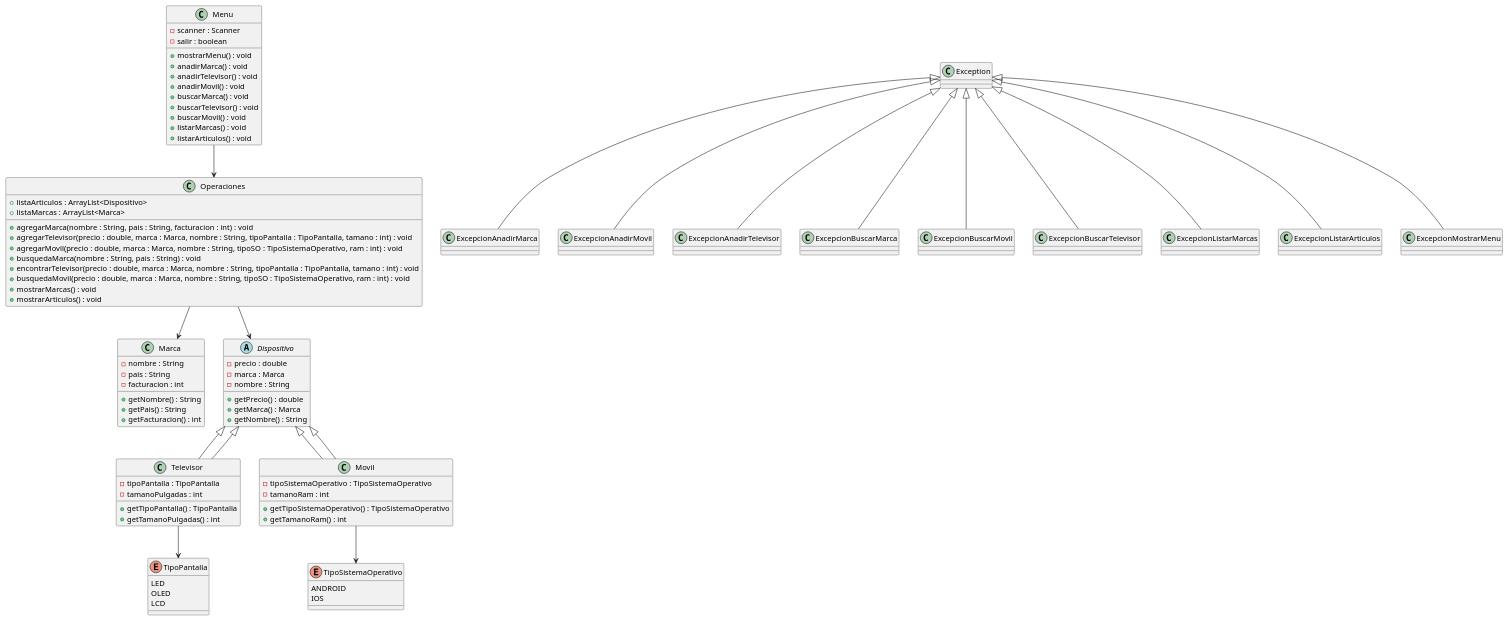
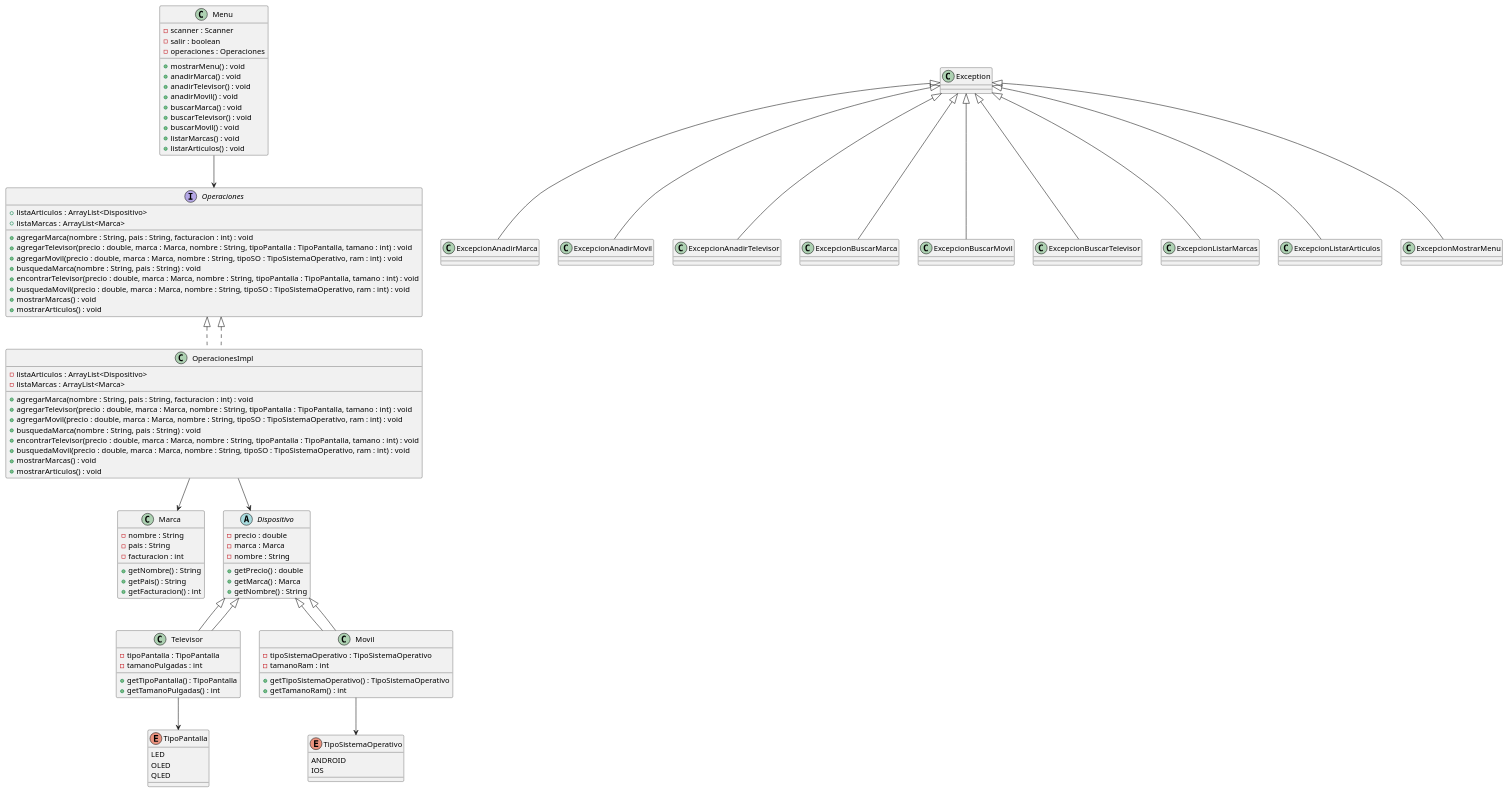
One commit to Gabriel28112005/GabrielPenaPractica2DOO changed the diagram in src/umlDiagram/DiagramaClases.puml. Above: the diagram before and after it, drawn with PlantUML. The commit also changed 2 other files, not shown here.

```diff
--- a/src/umlDiagram/DiagramaClases.puml
+++ b/src/umlDiagram/DiagramaClases.puml
@@ -1,97 +1,112 @@
 @startuml
-' Diagrama de clases del proyecto
+' Diagrama de clases del proyecto actualizado
 
 ' Clases principales
 class Menu {
   - scanner : Scanner
   - salir : boolean
+  - operaciones : Operaciones
   + mostrarMenu() : void
   + anadirMarca() : void
   + anadirTelevisor() : void
   + anadirMovil() : void
   + buscarMarca() : void
   + buscarTelevisor() : void
   + buscarMovil() : void
   + listarMarcas() : void
   + listarArticulos() : void
 }
 
-class Operaciones {
+interface Operaciones {
   + listaArticulos : ArrayList<Dispositivo>
   + listaMarcas : ArrayList<Marca>
+  + agregarMarca(nombre : String, pais : String, facturacion : int) : void
+  + agregarTelevisor(precio : double, marca : Marca, nombre : String, tipoPantalla : TipoPantalla, tamano : int) : void
+  + agregarMovil(precio : double, marca : Marca, nombre : String, tipoSO : TipoSistemaOperativo, ram : int) : void
+  + busquedaMarca(nombre : String, pais : String) : void
+  + encontrarTelevisor(precio : double, marca : Marca, nombre : String, tipoPantalla : TipoPantalla, tamano : int) : void
+  + busquedaMovil(precio : double, marca : Marca, nombre : String, tipoSO : TipoSistemaOperativo, ram : int) : void
+  + mostrarMarcas() : void
+  + mostrarArticulos() : void
+}
+
+class OperacionesImpl implements Operaciones {
+  - listaArticulos : ArrayList<Dispositivo>
+  - listaMarcas : ArrayList<Marca>
   + agregarMarca(nombre : String, pais : String, facturacion : int) : void
   + agregarTelevisor(precio : double, marca : Marca, nombre : String, tipoPantalla : TipoPantalla, tamano : int) : void
   + agregarMovil(precio : double, marca : Marca, nombre : String, tipoSO : TipoSistemaOperativo, ram : int) : void
   + busquedaMarca(nombre : String, pais : String) : void
   + encontrarTelevisor(precio : double, marca : Marca, nombre : String, tipoPantalla : TipoPantalla, tamano : int) : void
   + busquedaMovil(precio : double, marca : Marca, nombre : String, tipoSO : TipoSistemaOperativo, ram : int) : void
   + mostrarMarcas() : void
   + mostrarArticulos() : void
 }
 
 ' Clases de modelo
 class Marca {
   - nombre : String
   - pais : String
   - facturacion : int
   + getNombre() : String
   + getPais() : String
   + getFacturacion() : int
 }
 
 abstract class Dispositivo {
   - precio : double
   - marca : Marca
   - nombre : String
   + getPrecio() : double
   + getMarca() : Marca
   + getNombre() : String
 }
 
 class Televisor extends Dispositivo {
   - tipoPantalla : TipoPantalla
   - tamanoPulgadas : int
   + getTipoPantalla() : TipoPantalla
   + getTamanoPulgadas() : int
 }
 
 class Movil extends Dispositivo {
   - tipoSistemaOperativo : TipoSistemaOperativo
   - tamanoRam : int
   + getTipoSistemaOperativo() : TipoSistemaOperativo
   + getTamanoRam() : int
 }
 
 ' Enumeraciones
 enum TipoPantalla {
   LED
   OLED
-  LCD
+  QLED
 }
 
 enum TipoSistemaOperativo {
   ANDROID
   IOS
 }
 
 ' Excepciones personalizadas
 class ExcepcionAnadirMarca extends Exception
 class ExcepcionAnadirMovil extends Exception
 class ExcepcionAnadirTelevisor extends Exception
 class ExcepcionBuscarMarca extends Exception
 class ExcepcionBuscarMovil extends Exception
 class ExcepcionBuscarTelevisor extends Exception
 class ExcepcionListarMarcas extends Exception
 class ExcepcionListarArticulos extends Exception
 class ExcepcionMostrarMenu extends Exception
 
 ' Relaciones
 Menu --> Operaciones
-Operaciones --> Dispositivo
+Operaciones <|.. OperacionesImpl
+OperacionesImpl --> Dispositivo
 Dispositivo <|-- Televisor
 Dispositivo <|-- Movil
-Operaciones --> Marca
+OperacionesImpl --> Marca
 Televisor --> TipoPantalla
 Movil --> TipoSistemaOperativo
 
 @enduml
```
